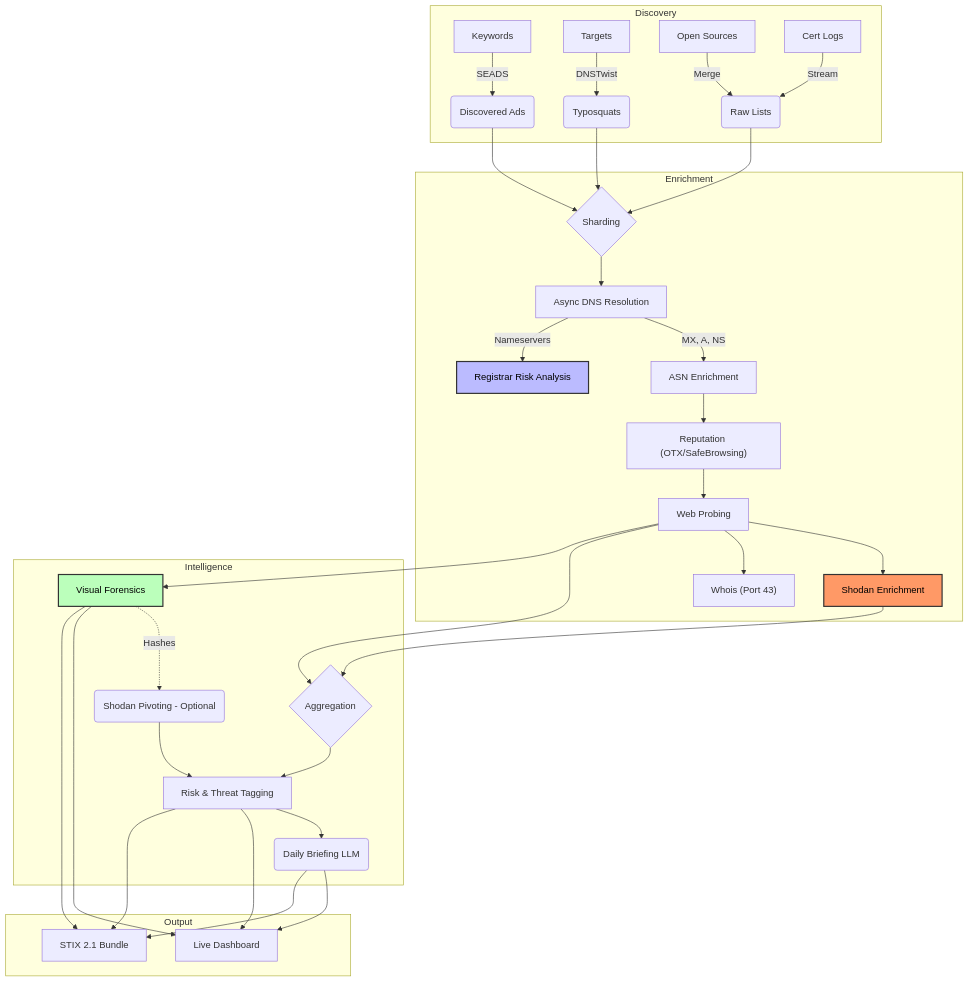
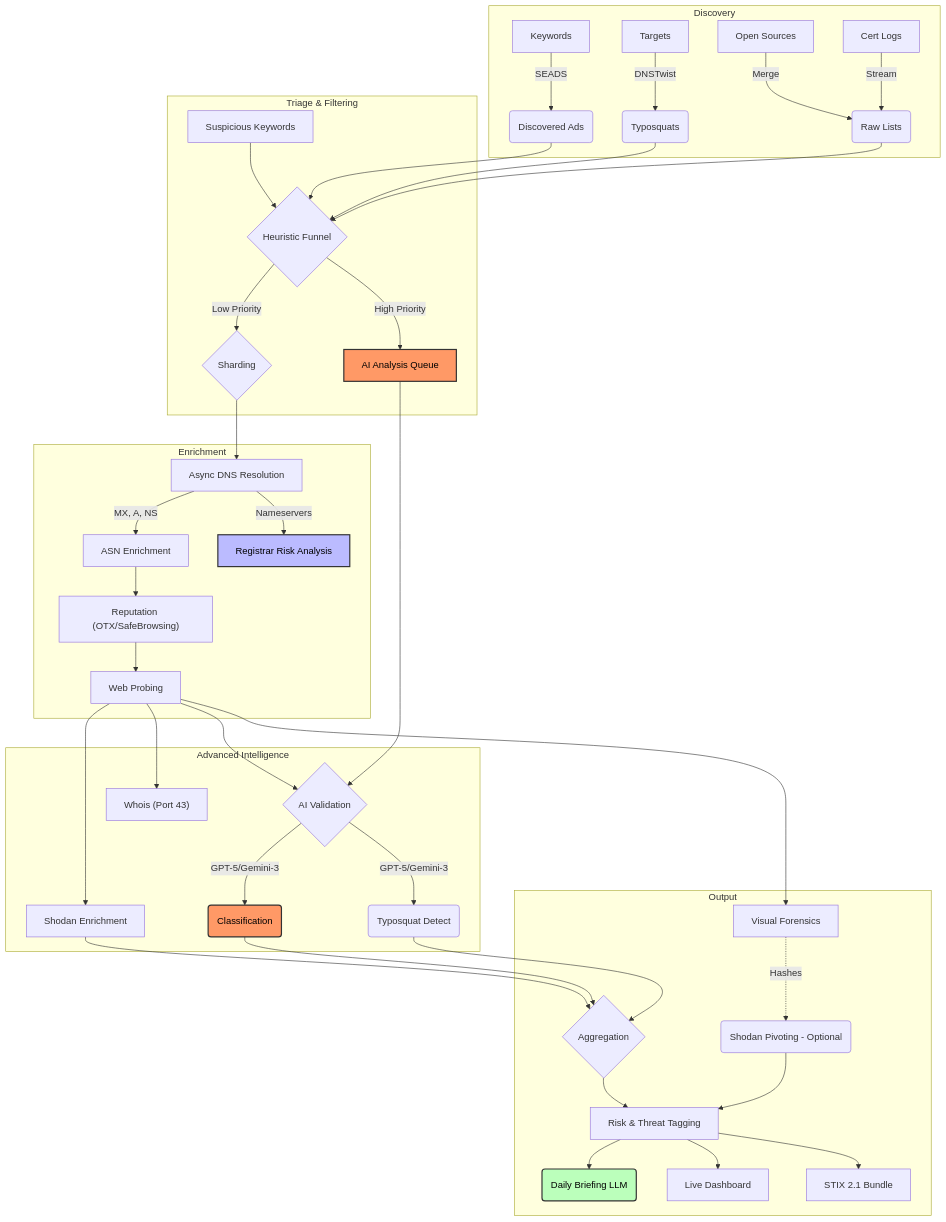
Before and after one commit to elchacal801/domain_intel: the diagram in README.md, drawn with Mermaid. The commit also changed other lines of this file and 1 other file, not shown here.

Commit message:
docs: Update Mermaid workflow and Data Dictionary with Triage Funnel

````diff
--- a/README.md
+++ b/README.md
@@ -140,37 +140,48 @@
 ```mermaid
 graph TD
     subgraph Discovery
         A[Keywords] -->|SEADS| B(Discovered Ads)
         C[Targets] -->|DNSTwist| D(Typosquats)
         E[Open Sources] -->|Merge| F(Raw Lists)
         Z[Cert Logs] -->|Stream| F
     end
 
+    subgraph "Triage & Filtering"
+        F & B & D --> T{Heuristic Funnel}
+        K2[Suspicious Keywords] --> T
+        T -->|Low Priority| G{Sharding}
+        T -->|High Priority| AI[AI Analysis Queue]
+    end
+
     subgraph Enrichment
-        F & B & D --> G{Sharding}
         G --> H[Async DNS Resolution]
         H -->|MX, A, NS| I[ASN Enrichment]
         H -->|Nameservers| J[Registrar Risk Analysis]
         I --> K["Reputation (OTX/SafeBrowsing)"]
         K --> L[Web Probing]
+    end
+
+    subgraph "Advanced Intelligence"
         L --> S[Shodan Enrichment]
         L --> W["Whois (Port 43)"]
+        L --> AI_CHECK{AI Validation}
+        AI --> AI_CHECK
+        AI_CHECK -->|GPT-5/Gemini-3| CLASS(Classification)
+        AI_CHECK -->|GPT-5/Gemini-3| TYPO(Typosquat Detect)
     end
 
-    subgraph Intelligence
-        L & S --> M{Aggregation}
+    subgraph Output
+        CLASS & TYPO & S --> M{Aggregation}
         L --> N[Visual Forensics]
         N -.->|Hashes| SP(Shodan Pivoting - Optional)
         M & SP --> O[Risk & Threat Tagging]
         O --> P(Daily Briefing LLM)
-    end
-
-    subgraph Output
-        N & O & P --> Q[Live Dashboard]
-        N & O & P --> R[STIX 2.1 Bundle]
+        O --> Q[Live Dashboard]
+        O --> R[STIX 2.1 Bundle]
     end
 
     style J fill:#bbf,stroke:#333,stroke-width:2px,color:black
-    style N fill:#bfb,stroke:#333,stroke-width:2px,color:black
-    style S fill:#f96,stroke:#333,stroke-width:2px,color:black
+    style AI fill:#f96,stroke:#333,stroke-width:2px,color:black
+    style CLASS fill:#f96,stroke:#333,stroke-width:2px,color:black
+    style P fill:#bfb,stroke:#333,stroke-width:2px,color:black
 ```
````
